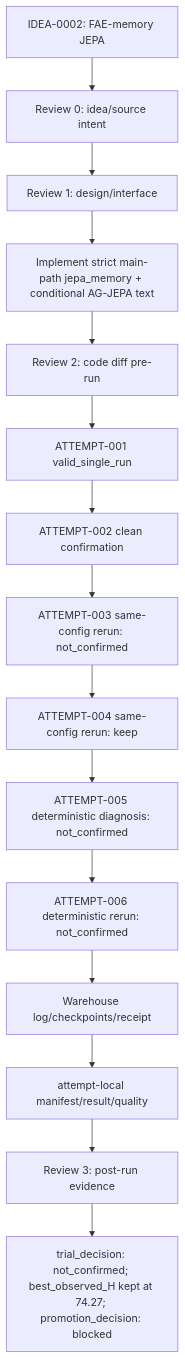
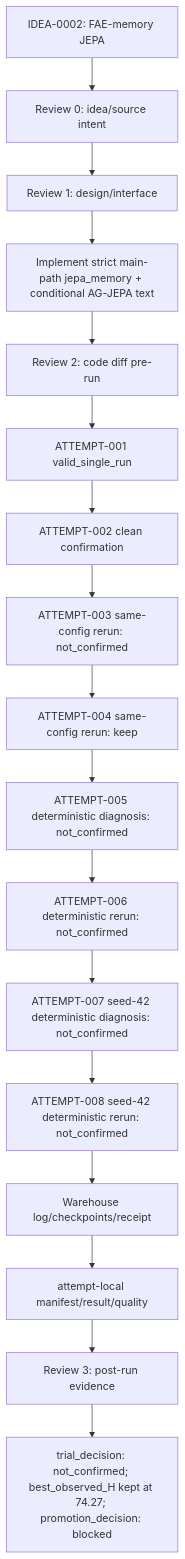
The diagram in experiments/module_trials/IDEA-0002_fae_memory_jepa/TRIAL-002_strict_conditional_jepa/README.md (GetlotMoney/GTPJ), drawn with Mermaid before and after one commit. The commit also changed other lines of this file and 18 other files, not shown here.

````diff
--- a/experiments/module_trials/IDEA-0002_fae_memory_jepa/TRIAL-002_strict_conditional_jepa/README.md
+++ b/experiments/module_trials/IDEA-0002_fae_memory_jepa/TRIAL-002_strict_conditional_jepa/README.md
@@ -84,17 +88,19 @@
 ```mermaid
 flowchart TD
   Idea["IDEA-0002: FAE-memory JEPA"] --> R0["Review 0: idea/source intent"]
   R0 --> R1["Review 1: design/interface"]
   R1 --> Impl["Implement strict main-path jepa_memory + conditional AG-JEPA text"]
   Impl --> R2["Review 2: code diff pre-run"]
   R2 --> A1["ATTEMPT-001 valid_single_run"]
   A1 --> A2["ATTEMPT-002 clean confirmation"]
   A2 --> A3["ATTEMPT-003 same-config rerun: not_confirmed"]
   A3 --> A4["ATTEMPT-004 same-config rerun: keep"]
   A4 --> A5["ATTEMPT-005 deterministic diagnosis: not_confirmed"]
   A5 --> A6["ATTEMPT-006 deterministic rerun: not_confirmed"]
-  A6 --> Warehouse["Warehouse log/checkpoints/receipt"]
+  A6 --> A7["ATTEMPT-007 seed-42 deterministic diagnosis: not_confirmed"]
+  A7 --> A8["ATTEMPT-008 seed-42 deterministic rerun: not_confirmed"]
+  A8 --> Warehouse["Warehouse log/checkpoints/receipt"]
   Warehouse --> Attempt["attempt-local manifest/result/quality"]
   Attempt --> R3["Review 3: post-run evidence"]
   R3 --> Decision["trial_decision: not_confirmed; best_observed_H kept at 74.27; promotion_decision: blocked"]
 ```
````
